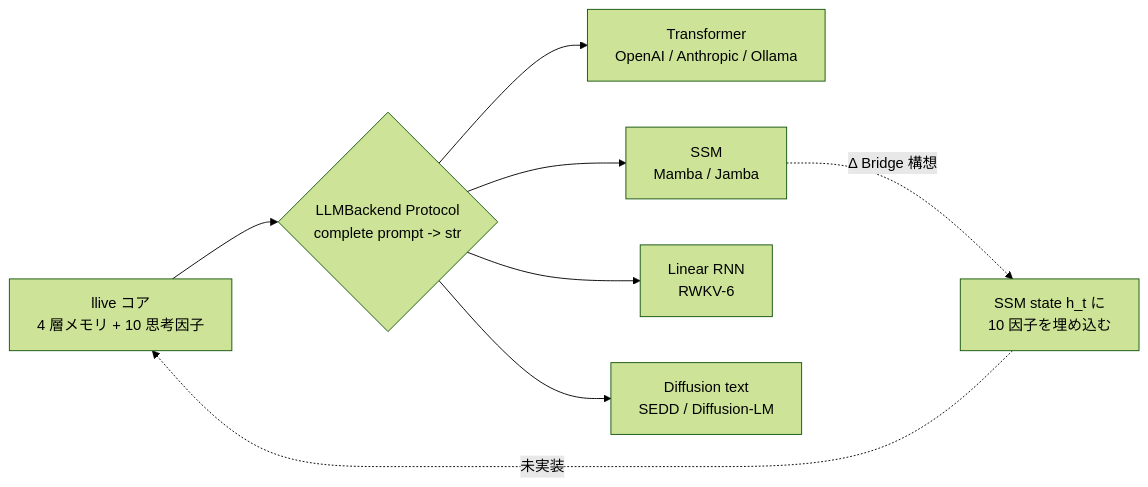
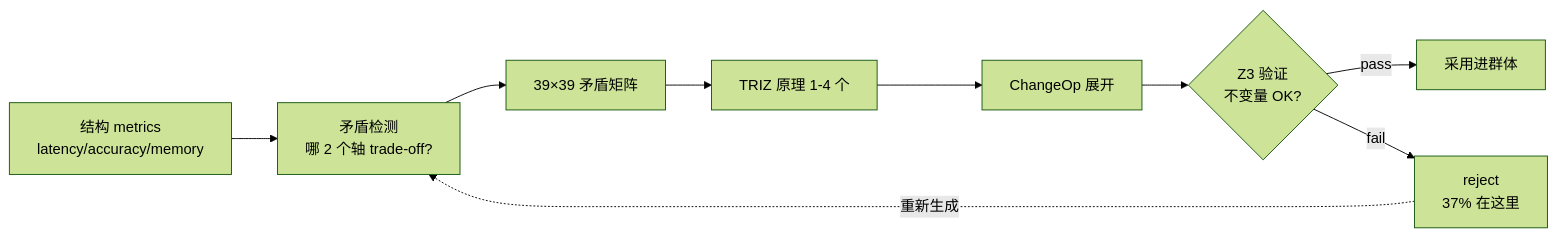
Before and after one commit to furuse-kazufumi/fullsense: diagram 13 of 16 in tools/qiita-cli-poc/public/6da5a883fb2ed651edd8.md, drawn with Mermaid (forest theme). The commit also changed other lines of this file and 51 other files, not shown here.

````diff
--- a/tools/qiita-cli-poc/public/6da5a883fb2ed651edd8.md
+++ b/tools/qiita-cli-poc/public/6da5a883fb2ed651edd8.md
@@ -159,10 +1015,11 @@
 ```mermaid
 flowchart LR
-    llive[llive コア\n4 層メモリ + 10 思考因子] --> proto{LLMBackend Protocol\ncomplete prompt -> str}
-    proto --> tf[Transformer\nOpenAI / Anthropic / Ollama]
-    proto --> ssm[SSM\nMamba / Jamba]
-    proto --> rwkv[Linear RNN\nRWKV-6]
-    proto --> diff[Diffusion text\nSEDD / Diffusion-LM]
-    ssm -. Δ Bridge 構想 .-> bridge[SSM state h_t に\n10 因子を埋め込む]
-    bridge -. 未実装 .-> llive
+    metrics[结构 metrics\nlatency/accuracy/memory] --> detect[矛盾检测\n哪 2 个轴 trade-off?]
+    detect --> matrix[39×39 矛盾矩阵]
+    matrix --> principle[TRIZ 原理 1-4 个]
+    principle --> changeop[ChangeOp 展开]
+    changeop --> z3{Z3 验证\n不变量 OK?}
+    z3 -- pass --> pop[采用进群体]
+    z3 -- fail --> reject[reject\n37% 在这里]
+    reject -. 重新生成 .-> detect
 ```
````
